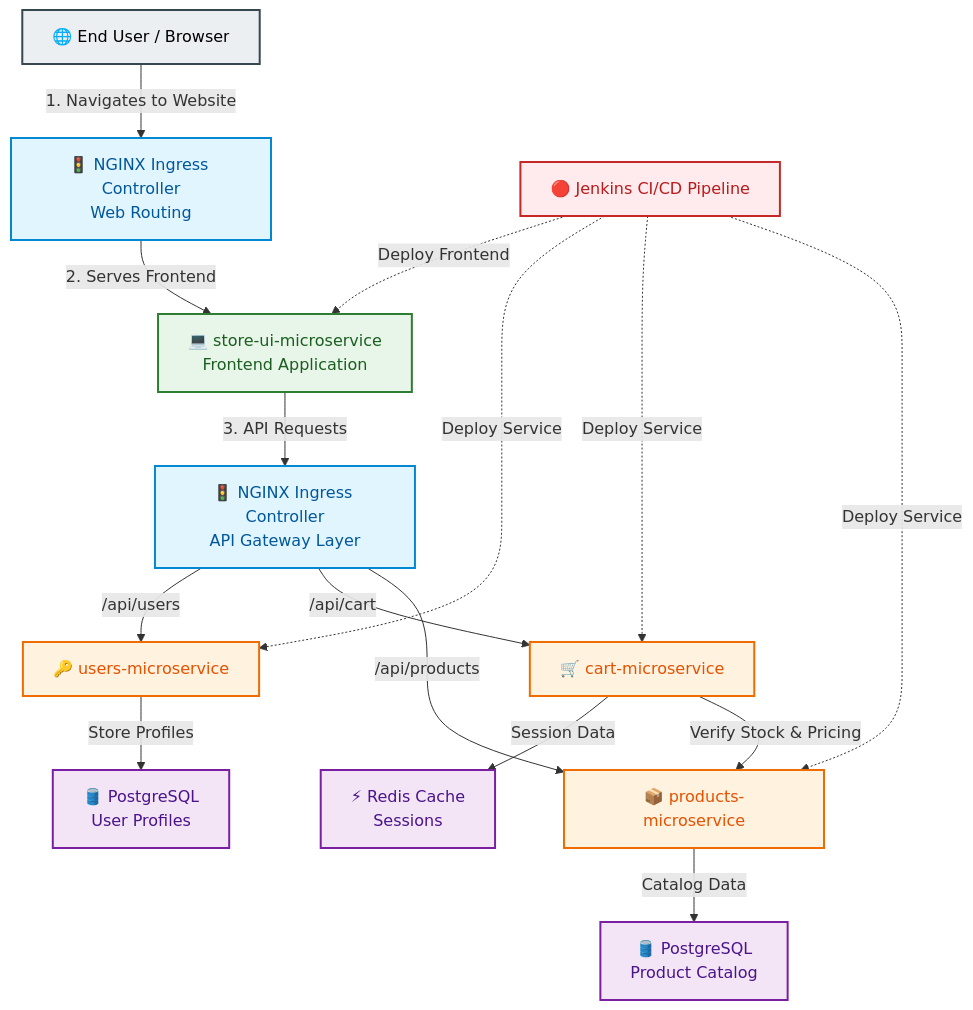
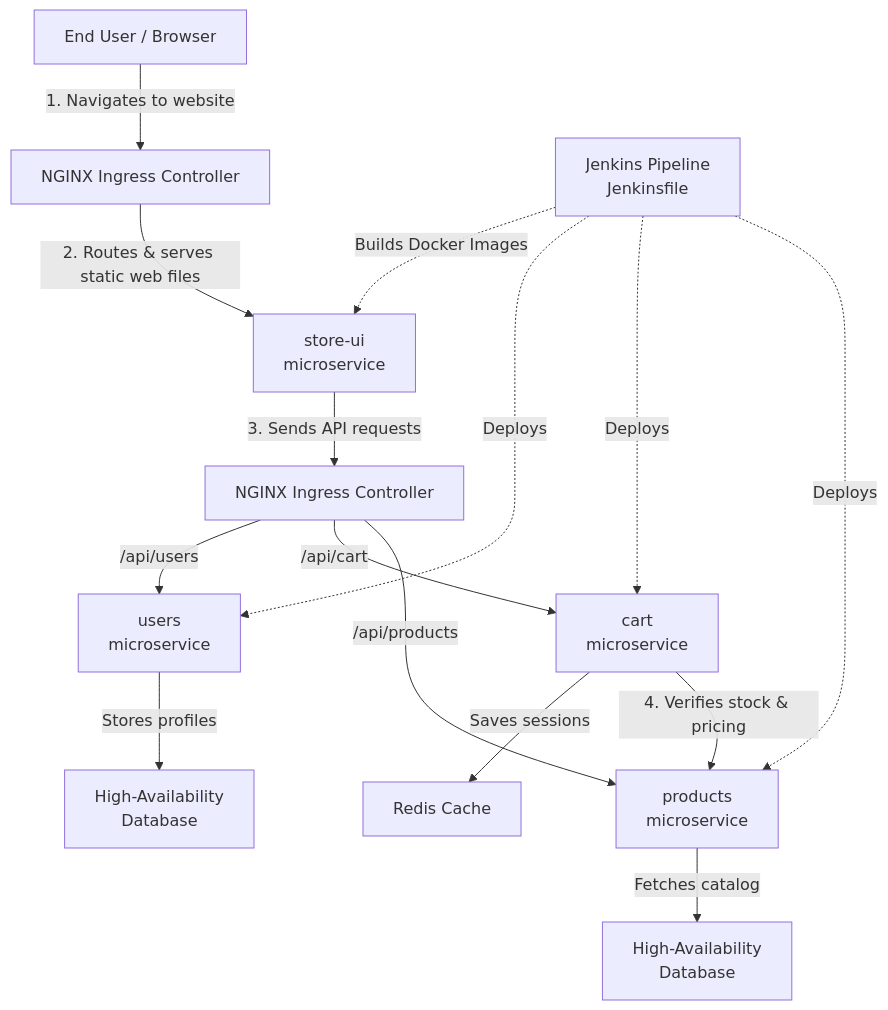
One commit to maxiemoses-eu/StreamlinePayX-3 changed the diagram in README.md. Above: the diagram before and after it, drawn with Mermaid.

Commit message:
ammended the  architectural diagram X

````diff
--- a/README.md
+++ b/README.md
@@ -3,46 +3,44 @@
 ```mermaid
-graph TB
+flowchart TB
 
-    classDef client fill:#eceff1,stroke:#37474f,stroke-width:2px,color:#000;
-    classDef edge fill:#e1f5fe,stroke:#0288d1,stroke-width:2px,color:#01579b;
-    classDef ui fill:#e8f5e9,stroke:#2e7d32,stroke-width:2px,color:#1b5e20;
-    classDef service fill:#fff3e0,stroke:#ef6c00,stroke-width:2px,color:#e65100;
-    classDef data fill:#f3e5f5,stroke:#7b1fa2,stroke-width:2px,color:#4a148c;
-    classDef ci fill:#ffebee,stroke:#c62828,stroke-width:2px,color:#b71c1c;
+    User["End User / Browser"]
 
-    User["🌐 End User / Browser"]:::client
+    IngressWeb["NGINX Ingress Controller"]
 
-    Ingress1["🚦 NGINX Ingress Controller<br/>Web Routing"]:::edge
-    UI["💻 store-ui-microservice<br/>Frontend Application"]:::ui
+    UI["store-ui<br/>microservice"]
 
-    Ingress2["🚦 NGINX Ingress Controller<br/>API Gateway Layer"]:::edge
+    IngressAPI["NGINX Ingress Controller"]
 
-    Users["🔑 users-microservice"]:::service
-    Cart["🛒 cart-microservice"]:::service
-    Prod["📦 products-microservice"]:::service
+    Users["users<br/>microservice"]
+    Cart["cart<br/>microservice"]
+    Products["products<br/>microservice"]
 
-    DB_Users["🛢️ PostgreSQL<br/>User Profiles"]:::data
-    Cache["⚡ Redis Cache<br/>Sessions"]:::data
-    DB_Prod["🛢️ PostgreSQL<br/>Product Catalog"]:::data
+    UserDB["High-Availability<br/>Database"]
+    Redis["Redis Cache"]
+    ProductDB["High-Availability<br/>Database"]
 
-    Jenkins["🔴 Jenkins CI/CD Pipeline"]:::ci
+    Jenkins["Jenkins Pipeline<br/>Jenkinsfile"]
 
-    User -->|1. Navigates to Website| Ingress1
-    Ingress1 -->|2. Serves Frontend| UI
-    UI -->|3. API Requests| Ingress2
+    User -->|"1. Navigates to website"| IngressWeb
 
-    Ingress2 -->|/api/users| Users
-    Ingress2 -->|/api/cart| Cart
-    Ingress2 -->|/api/products| Prod
+    IngressWeb -->|"2. Routes & serves static web files"| UI
 
-    Users -->|Store Profiles| DB_Users
-    Cart -->|Session Data| Cache
-    Prod -->|Catalog Data| DB_Prod
+    UI -->|"3. Sends API requests"| IngressAPI
 
-    Cart -->|Verify Stock & Pricing| Prod
+    IngressAPI -->|"/api/users"| Users
+    IngressAPI -->|"/api/cart"| Cart
+    IngressAPI -->|"/api/products"| Products
 
-    Jenkins -.->|Deploy Frontend| UI
-    Jenkins -.->|Deploy Service| Users
-    Jenkins -.->|Deploy Service| Cart
-    Jenkins -.->|Deploy Service| Prod
+    Users -->|"Stores profiles"| UserDB
+
+    Cart -->|"Saves sessions"| Redis
+
+    Products -->|"Fetches catalog"| ProductDB
+
+    Cart -->|"4. Verifies stock & pricing"| Products
+
+    Jenkins -.->|"Builds Docker Images"| UI
+    Jenkins -.->|"Deploys"| Users
+    Jenkins -.->|"Deploys"| Cart
+    Jenkins -.->|"Deploys"| Products
 ```
````
